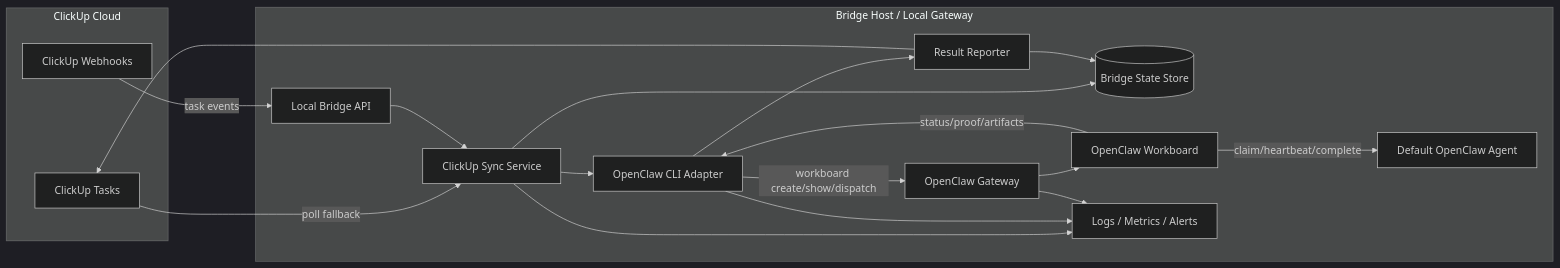
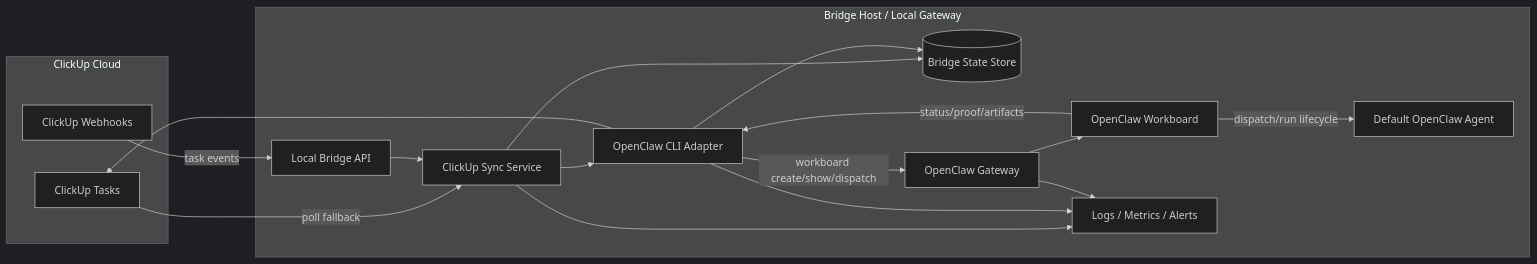
The diagram in docs/architecture.md (jacekjarzab/clickup-openclaw), drawn with Mermaid (dark theme) before and after one commit. The commit also changed other lines of this file and 22 other files, not shown here.

````diff
--- a/docs/architecture.md
+++ b/docs/architecture.md
@@ -8,35 +8,33 @@
 ```mermaid
 flowchart LR
   subgraph External["ClickUp Cloud"]
     CU[ClickUp Tasks]
     CUW[ClickUp Webhooks]
   end
 
   subgraph Private["Bridge Host / Local Gateway"]
     BR[Local Bridge API]
     SYNC[ClickUp Sync Service]
     ADP[OpenClaw CLI Adapter]
     MAP[(Bridge State Store)]
     GW[OpenClaw Gateway]
     WB[OpenClaw Workboard]
     AGT[Default OpenClaw Agent]
-    REP[Result Reporter]
     OBS[Logs / Metrics / Alerts]
   end
 
   CUW -->|task events| BR
   CU -->|poll fallback| SYNC
   BR --> SYNC
   SYNC --> MAP
   SYNC --> ADP
   ADP -->|workboard create/show/dispatch| GW
   GW --> WB
-  WB -->|claim/heartbeat/complete| AGT
+  WB -->|dispatch/run lifecycle| AGT
   WB -->|status/proof/artifacts| ADP
-  ADP --> REP
-  REP --> CU
-  REP --> MAP
+  ADP --> CU
+  ADP --> MAP
   SYNC --> OBS
   ADP --> OBS
   GW --> OBS
 ```
````
